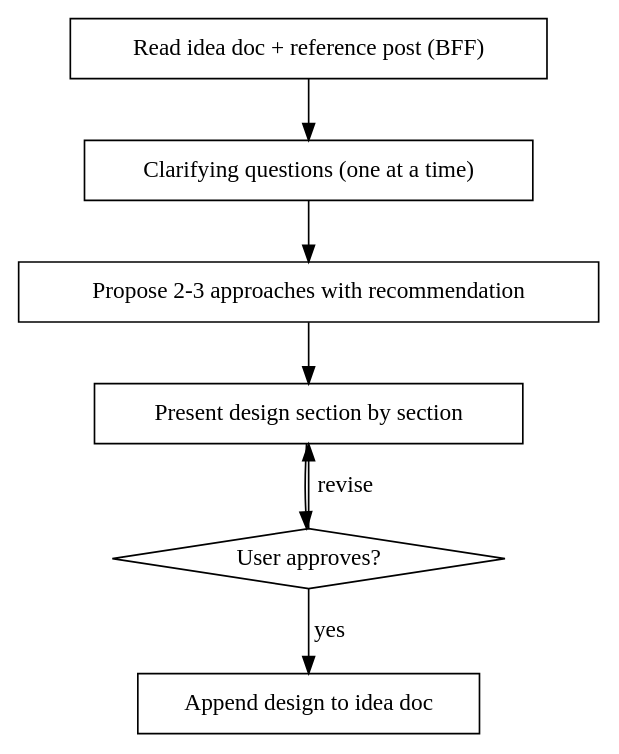
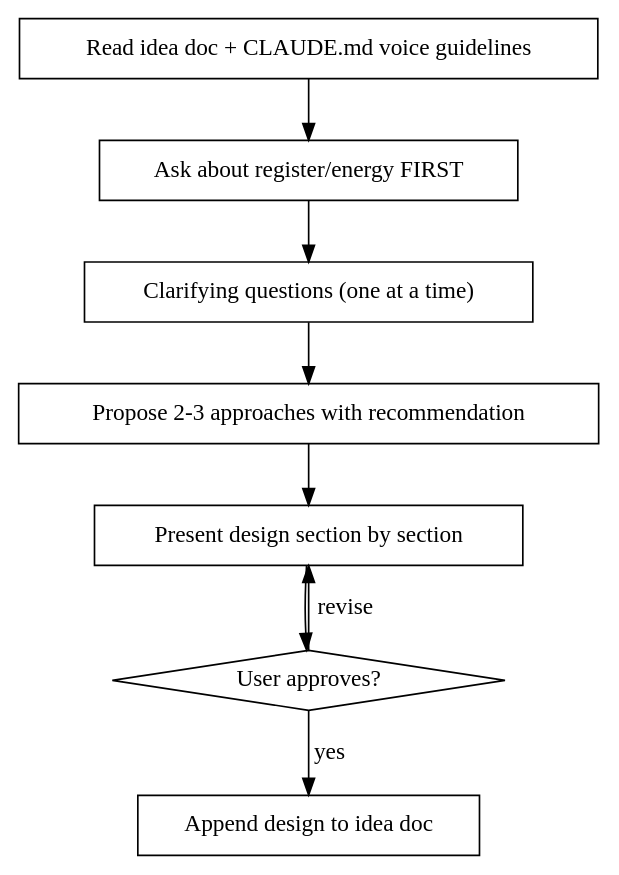
Before and after one commit to marshallhouston/marshallhouston.wtf: the diagram in .claude/skills/brainstorm-post/SKILL.md, drawn with Graphviz. The commit also changed other lines of this file and 7 other files, not shown here.

First line of the commit message:
update voice guidelines, brainstorm-post skill, feedback tooling

````diff
--- a/.claude/skills/brainstorm-post/SKILL.md
+++ b/.claude/skills/brainstorm-post/SKILL.md
@@ -16,17 +16,19 @@
 ```dot
 digraph brainstorm_post {
-    "Read idea doc + reference post (BFF)" [shape=box];
+    "Read idea doc + CLAUDE.md voice guidelines" [shape=box];
+    "Ask about register/energy FIRST" [shape=box];
     "Clarifying questions (one at a time)" [shape=box];
     "Propose 2-3 approaches with recommendation" [shape=box];
     "Present design section by section" [shape=box];
     "User approves?" [shape=diamond];
     "Append design to idea doc" [shape=box];
 
-    "Read idea doc + reference post (BFF)" -> "Clarifying questions (one at a time)";
+    "Read idea doc + CLAUDE.md voice guidelines" -> "Ask about register/energy FIRST";
+    "Ask about register/energy FIRST" -> "Clarifying questions (one at a time)";
     "Clarifying questions (one at a time)" -> "Propose 2-3 approaches with recommendation";
     "Propose 2-3 approaches with recommendation" -> "Present design section by section";
     "Present design section by section" -> "User approves?";
     "User approves?" -> "Present design section by section" [label="revise"];
     "User approves?" -> "Append design to idea doc" [label="yes"];
 }
 ```
````
